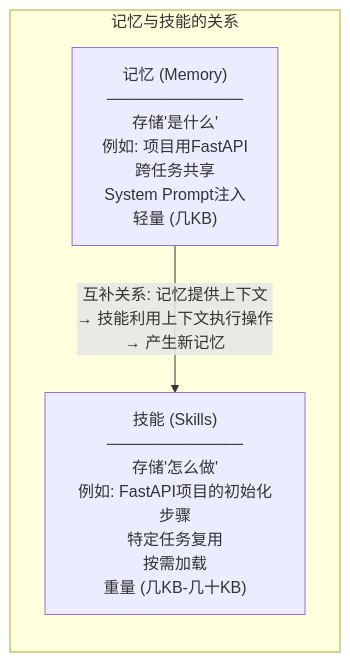
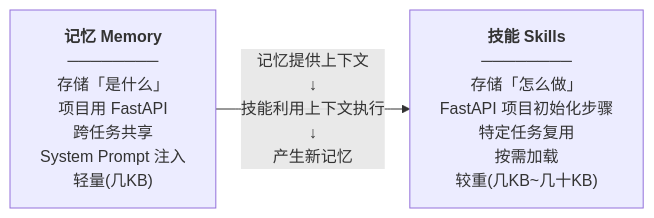
The third of 3 diagrams in hermes-learning-path/06-记忆与技能系统.md (keyuanweb/ai-learning-path), drawn with Mermaid before and after one commit. The commit also changed other lines of this file, not shown here.

First line of the commit message:
fix: 优化记忆与技能系统章节 Mermaid 图表可读性

````diff
--- a/hermes-learning-path/06-记忆与技能系统.md
+++ b/hermes-learning-path/06-记忆与技能系统.md
@@ -357,8 +359,6 @@
 ```mermaid
-graph LR
-    subgraph RELATION["记忆与技能的关系"]
-        M["记忆 (Memory)<br/>────────────<br/>存储'是什么'<br/>例如: 项目用FastAPI<br/>跨任务共享<br/>System Prompt注入<br/>轻量 (几KB)"]
-        S["技能 (Skills)<br/>────────────<br/>存储'怎么做'<br/>例如: FastAPI项目的初始化步骤<br/>特定任务复用<br/>按需加载<br/>重量 (几KB-几十KB)"]
-        M -->|"互补关系: 记忆提供上下文<br/>→ 技能利用上下文执行操作<br/>→ 产生新记忆"| S
-    end
+flowchart LR
+    M["<b>记忆 Memory</b><br/>────────<br/>存储「是什么」<br/>项目用 FastAPI<br/>跨任务共享<br/>System Prompt 注入<br/>轻量(几KB)"]
+    S["<b>技能 Skills</b><br/>────────<br/>存储「怎么做」<br/>FastAPI 项目初始化步骤<br/>特定任务复用<br/>按需加载<br/>较重(几KB~几十KB)"]
+    M -->|"记忆提供上下文<br/> ↓<br/>技能利用上下文执行<br/> ↓<br/>产生新记忆"| S
 ```
````
